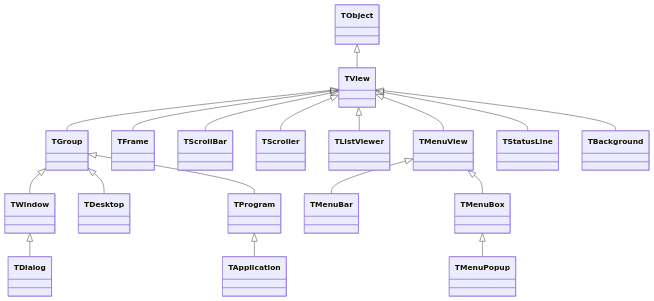
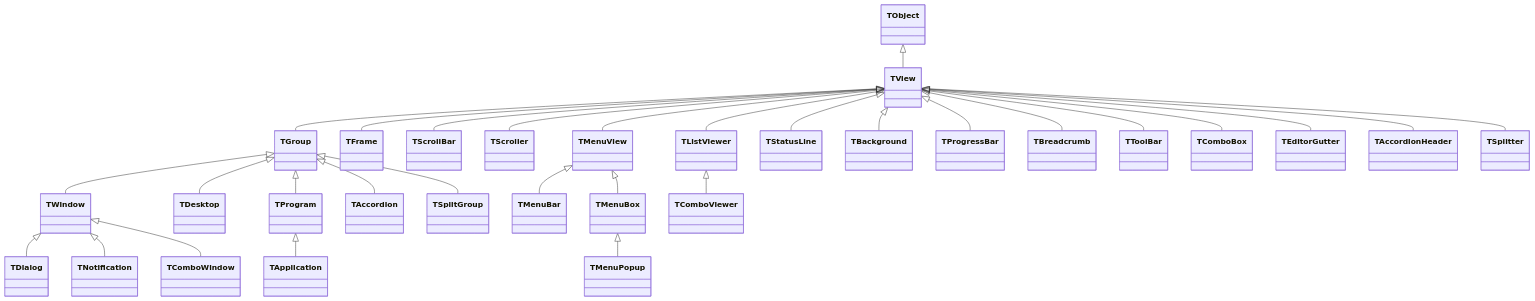
The second of 4 diagrams in ARCHITECTURE.md (oldwired/fv-delphi-modern), drawn with Mermaid before and after one commit. The commit also changed other lines of this file and 17 other files, not shown here.

````diff
--- a/ARCHITECTURE.md
+++ b/ARCHITECTURE.md
@@ -114,24 +118,37 @@
 ```mermaid
 classDiagram
     TObject <|-- TView
     TView <|-- TGroup
     TView <|-- TFrame
     TView <|-- TScrollBar
     TView <|-- TScroller
     TView <|-- TListViewer
     TView <|-- TMenuView
     TView <|-- TStatusLine
     TView <|-- TBackground
+    TView <|-- TProgressBar
+    TView <|-- TBreadcrumb
+    TView <|-- TToolBar
+    TView <|-- TComboBox
+    TView <|-- TEditorGutter
+    TView <|-- TAccordionHeader
+    TView <|-- TSplitter
 
     TGroup <|-- TWindow
     TGroup <|-- TDesktop
     TGroup <|-- TProgram
+    TGroup <|-- TAccordion
+    TGroup <|-- TSplitGroup
 
     TWindow <|-- TDialog
+    TWindow <|-- TNotification
+    TWindow <|-- TComboWindow
 
     TProgram <|-- TApplication
 
     TMenuView <|-- TMenuBar
     TMenuView <|-- TMenuBox
     TMenuBox <|-- TMenuPopup
+
+    TListViewer <|-- TComboViewer
 ```
````
